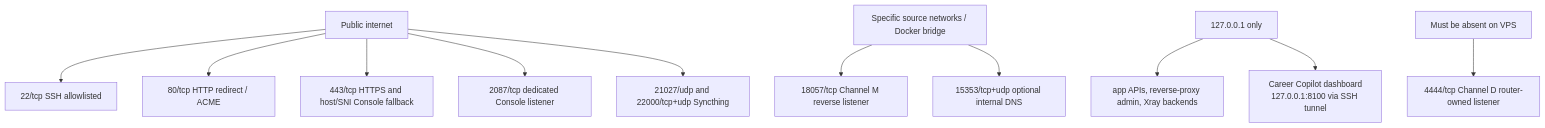
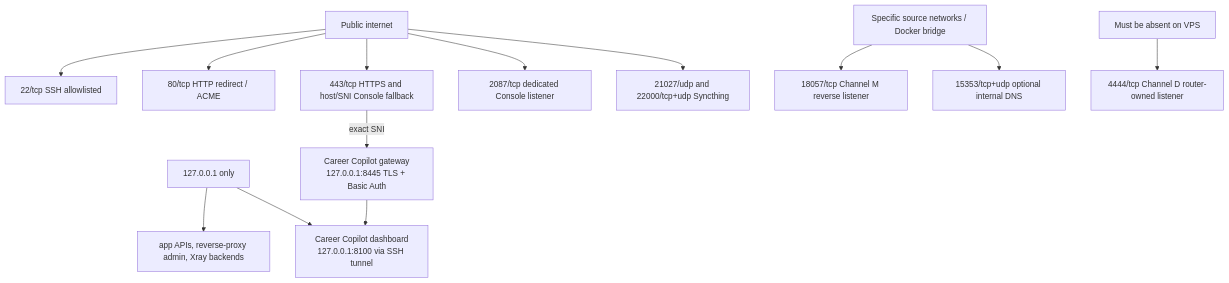
Before and after one commit to eiler2005/praefectus-ai: the third of 5 diagrams in docs/vps-runtime-map.md, drawn with Mermaid. The commit also changed other lines of this file and 5 other files, not shown here.

First line of the commit message:
Record Career Copilot authenticated HTTPS gateway on Hermes

````diff
--- a/docs/vps-runtime-map.md
+++ b/docs/vps-runtime-map.md
@@ -200,20 +201,22 @@
 ```mermaid
 flowchart TB
   public[Public internet]
   restricted[Specific source networks / Docker bridge]
   loopback[127.0.0.1 only]
   absent[Must be absent on VPS]
 
   public --> p22[22/tcp SSH allowlisted]
   public --> p80[80/tcp HTTP redirect / ACME]
   public --> p443[443/tcp HTTPS and host/SNI Console fallback]
   public --> p2087[2087/tcp dedicated Console listener]
   public --> psync[21027/udp and 22000/tcp+udp Syncthing]
 
   restricted --> p18057[18057/tcp Channel M reverse listener]
   restricted --> p15353[15353/tcp+udp optional internal DNS]
 
   loopback --> localApps[app APIs, reverse-proxy admin, Xray backends]
-loopback --> careerCopilot[Career Copilot dashboard<br/>127.0.0.1:8100 via SSH tunnel]
+  loopback --> careerCopilot[Career Copilot dashboard<br/>127.0.0.1:8100 via SSH tunnel]
+  p443 -->|exact SNI| careerGateway[Career Copilot gateway<br/>127.0.0.1:8445 TLS + Basic Auth]
+  careerGateway --> careerCopilot
   absent --> p4444[4444/tcp Channel D router-owned listener]
 ```
````
